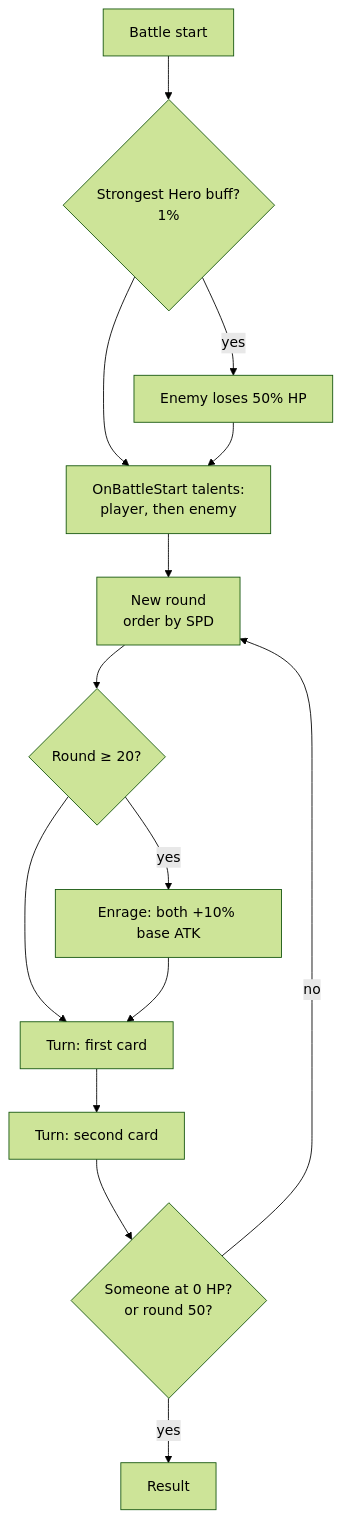
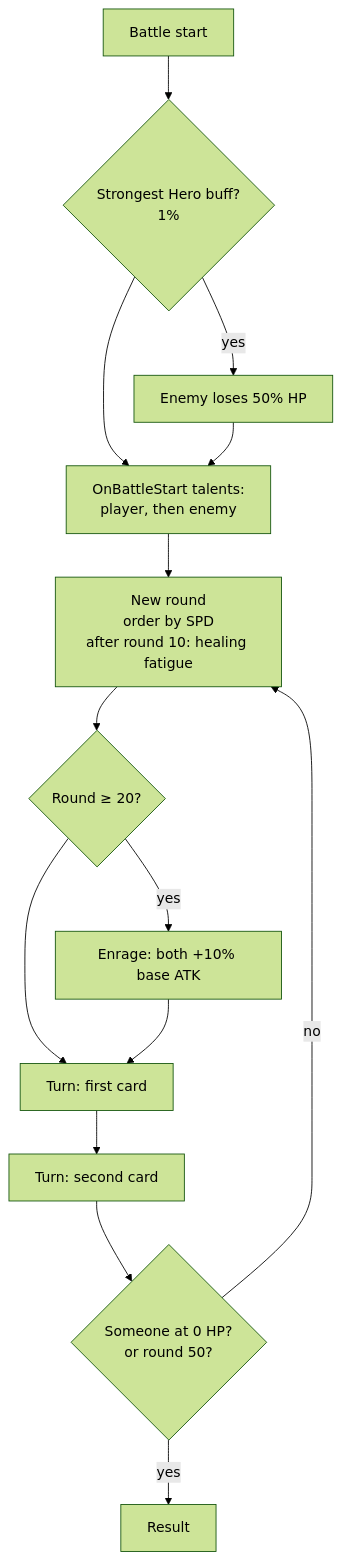
One commit to julietperushia/AniGame changed the diagram in Docs/design/combat.md. Above: the diagram before and after it, drawn with Mermaid (forest theme). The commit also changed other lines of this file and 138 other files, not shown here.

````diff
--- a/Docs/design/combat.md
+++ b/Docs/design/combat.md
@@ -12,16 +12,16 @@
 ```mermaid
 flowchart TD
     S[Battle start] --> SH{Strongest Hero buff?<br/>1%}
     SH -->|yes| H50[Enemy loses 50% HP]
     SH --> BS
     H50 --> BS[OnBattleStart talents:<br/>player, then enemy]
-    BS --> R[New round<br/>order by SPD]
+    BS --> R[New round<br/>order by SPD<br/>after round 10: healing fatigue]
     R --> EN{Round ≥ 20?}
     EN -->|yes| ENR[Enrage: both +10% base ATK]
     EN --> T1
     ENR --> T1[Turn: first card]
     T1 --> T2[Turn: second card]
     T2 --> END{Someone at 0 HP?<br/>or round 50?}
     END -->|no| R
     END -->|yes| RES[Result]
 ```
````
